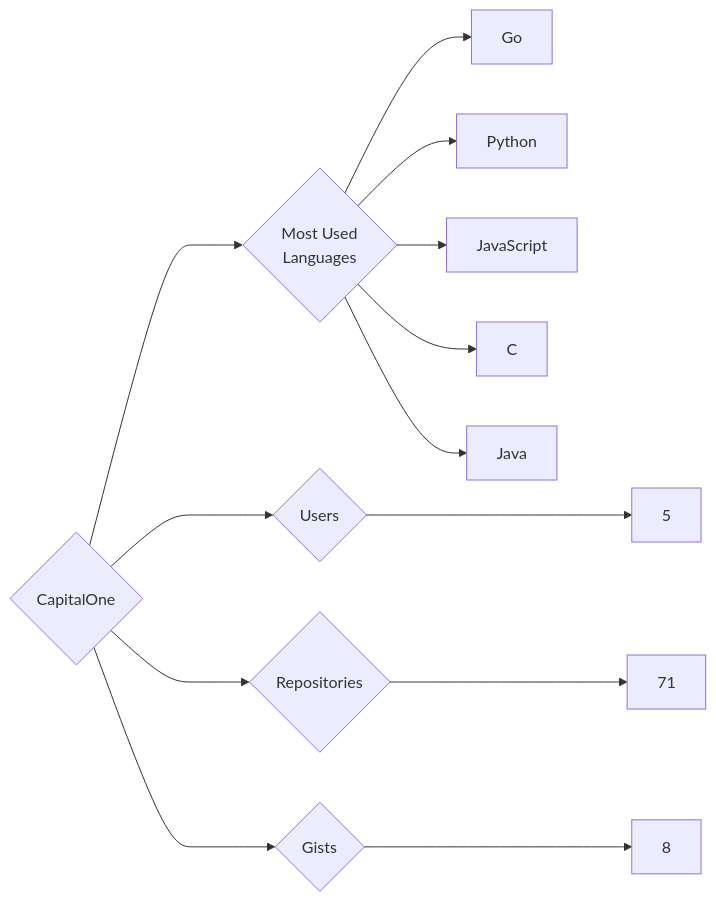
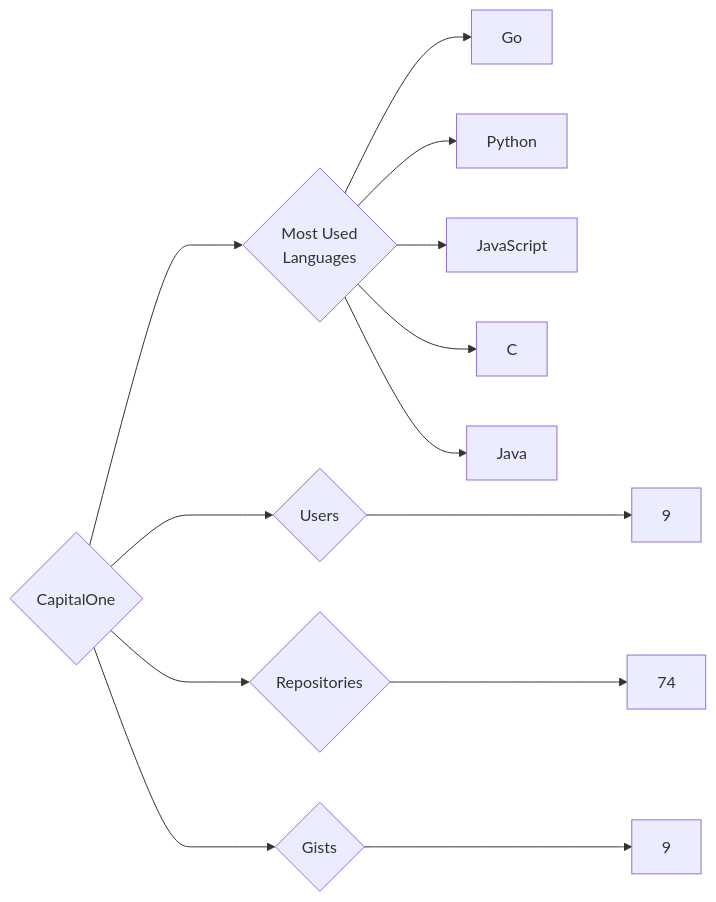
One commit to trickest/insiders changed the diagram in targets/CapitalOne/README.md. Above: the diagram before and after it, drawn with Mermaid. The commit also changed 882 other files, not shown here.

````diff
--- a/targets/CapitalOne/README.md
+++ b/targets/CapitalOne/README.md
@@ -3,13 +3,13 @@
 ```mermaid
 graph LR
 COMPANY_NAME{CapitalOne}
-COMPANY_NAME ---> U{Users} ---> UN[5]
-COMPANY_NAME ---> R{Repositories} ---> RN[71]
-COMPANY_NAME ---> G{Gists} ---> GN[8]
+COMPANY_NAME ---> U{Users} ---> UN[9]
+COMPANY_NAME ---> R{Repositories} ---> RN[74]
+COMPANY_NAME ---> G{Gists} ---> GN[9]
 COMPANY_NAME ---> ML{Most Used<br>Languages}
 ML --> Go[Go]
 ML --> Python[Python]
 ML --> JavaScript[JavaScript]
 ML --> C[C]
 ML --> Java[Java]
 ```
````
